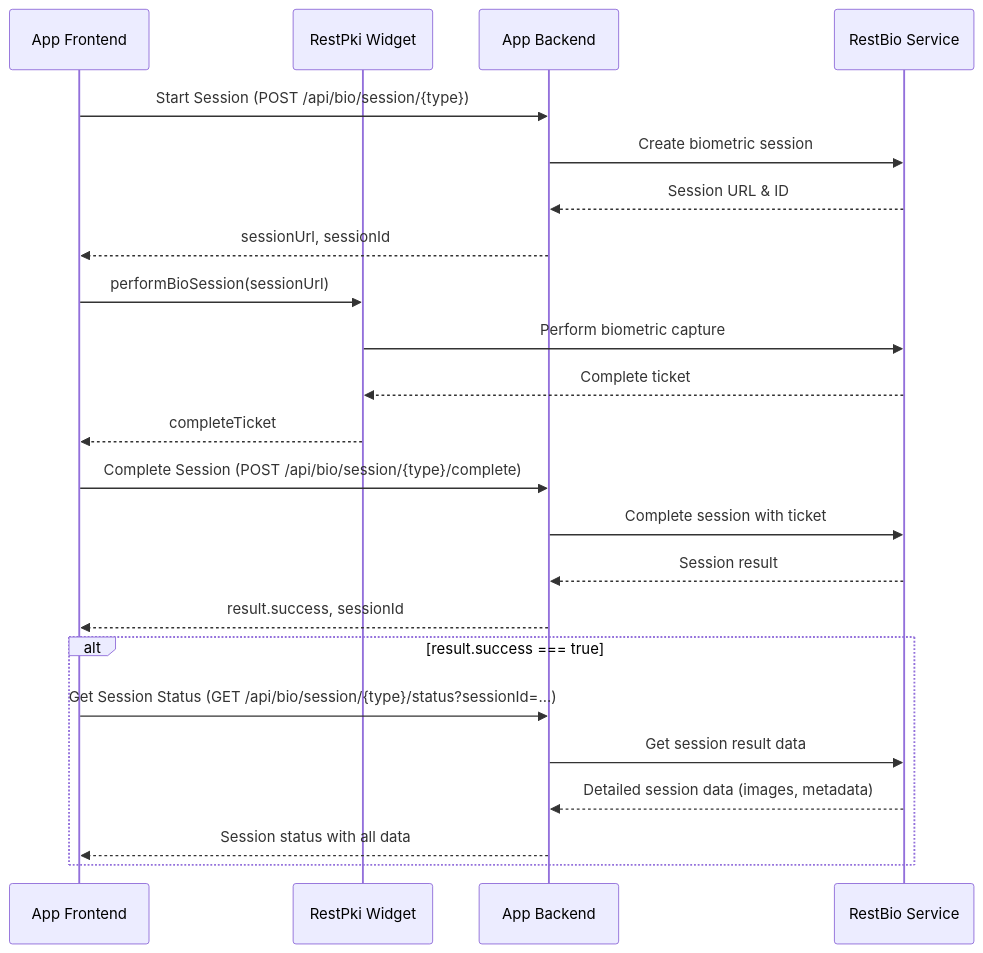
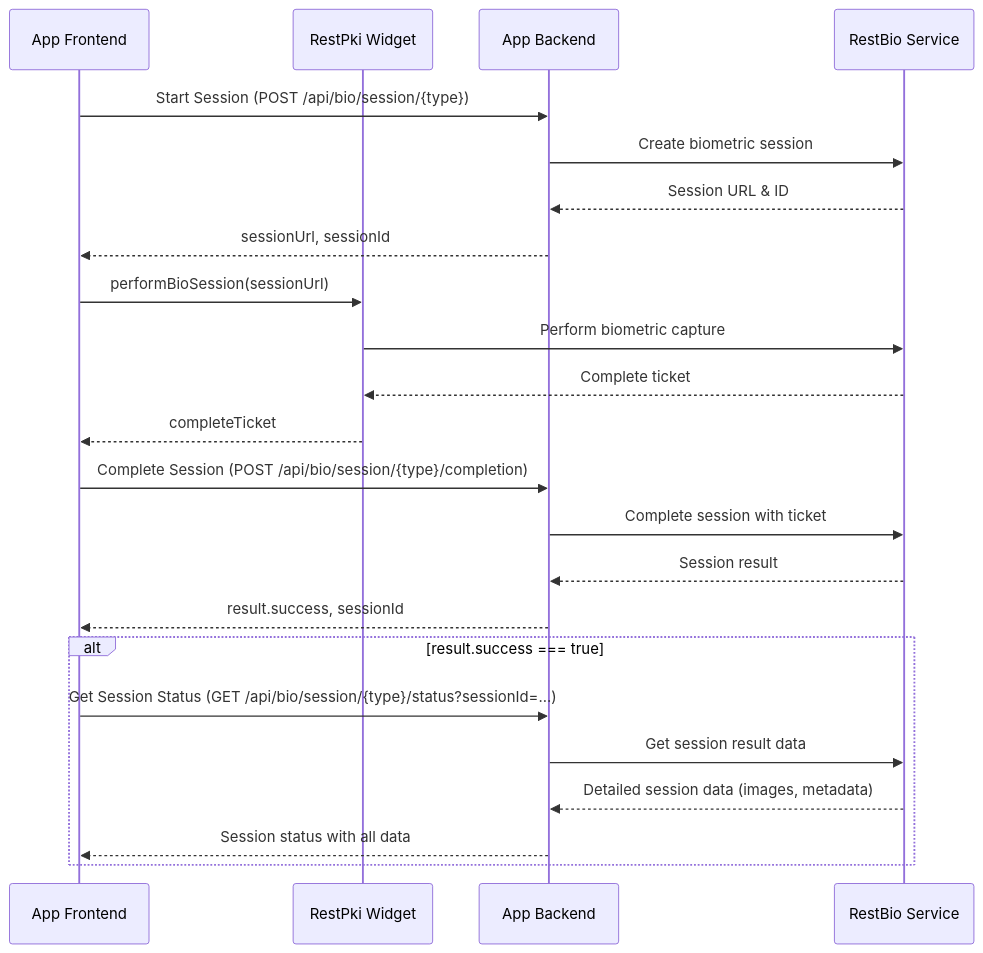
One commit to LacunaSoftware/RestBioSamples changed the diagram in README.md. Above: the diagram before and after it, drawn with Mermaid. The commit also changed 17 other files, not shown here.

Commit message:
Added generic frontend example. Fixed java backend example.

````diff
--- a/README.md
+++ b/README.md
@@ -17,29 +17,29 @@
 ```mermaid
 sequenceDiagram
     participant Frontend as App Frontend
     participant Widget as RestPki Widget
     participant Backend as App Backend
     participant RestBio as RestBio Service
 
     Frontend->>Backend: Start Session (POST /api/bio/session/{type})
     Backend->>RestBio: Create biometric session
     RestBio-->>Backend: Session URL & ID
     Backend-->>Frontend: sessionUrl, sessionId
 
     Frontend->>Widget: performBioSession(sessionUrl)
     Widget->>RestBio: Perform biometric capture
     RestBio-->>Widget: Complete ticket
     Widget-->>Frontend: completeTicket
 
-    Frontend->>Backend: Complete Session (POST /api/bio/session/{type}/complete)
+    Frontend->>Backend: Complete Session (POST /api/bio/session/{type}/completion)
     Backend->>RestBio: Complete session with ticket
     RestBio-->>Backend: Session result
     Backend-->>Frontend: result.success, sessionId
 
     alt result.success === true
         Frontend->>Backend: Get Session Status (GET /api/bio/session/{type}/status?sessionId=...)
         Backend->>RestBio: Get session result data
         RestBio-->>Backend: Detailed session data (images, metadata)
         Backend-->>Frontend: Session status with all data
     end
 ```
````
